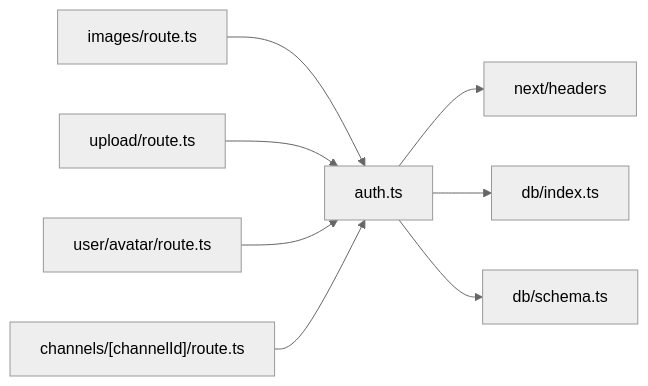
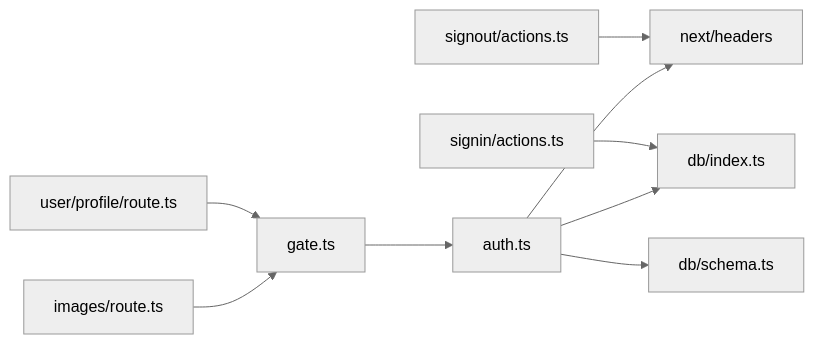
One commit to pnnh/weable changed the fourth of 5 diagrams in .qoder/repowiki/zh/content/架构设计/认证架构设计/会话处理机制.md. Above: the diagram before and after it, drawn with Mermaid (neutral theme). The commit also changed other lines of this file and 161 other files, not shown here.

````diff
--- a/.qoder/repowiki/zh/content/架构设计/认证架构设计/会话处理机制.md
+++ b/.qoder/repowiki/zh/content/架构设计/认证架构设计/会话处理机制.md
@@ -250,10 +298,11 @@
 ```mermaid
 graph LR
 Auth["auth.ts"] --> Headers["next/headers"]
 Auth --> DBIndex["db/index.ts"]
 Auth --> Schema["db/schema.ts"]
-ImagesRoute["images/route.ts"] --> Auth
-UploadRoute["upload/route.ts"] --> Auth
-AvatarRoute["user/avatar/route.ts"] --> Auth
-ChannelRoute["channels/[channelId]/route.ts"] --> Auth
+Gate["gate.ts"] --> Auth
+ImagesRoute["images/route.ts"] --> Gate
+ProfileRoute["user/profile/route.ts"] --> Gate
+SignInAction["signin/actions.ts"] --> DBIndex
+SignOutAction["signout/actions.ts"] --> Headers
 ```
````
